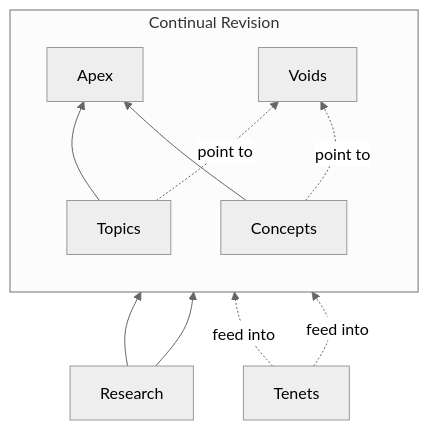
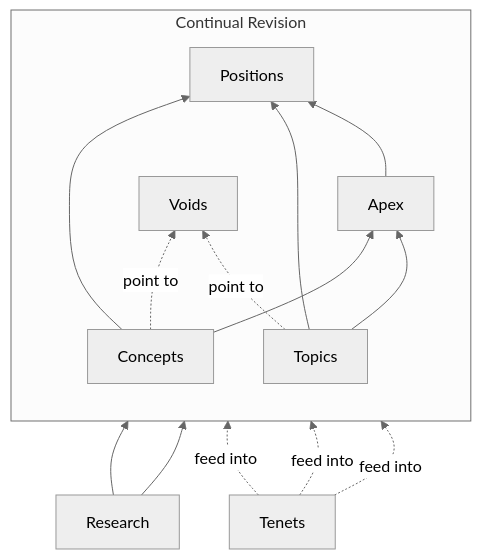
Before and after one commit to unfinishablemap/unfinishablemap: the diagram in obsidian/index.md, drawn with Mermaid (neutral theme). The commit also changed other lines of this file and 28 other files, not shown here.

````diff
--- a/obsidian/index.md
+++ b/obsidian/index.md
@@ -55,29 +55,35 @@
 ```mermaid
 flowchart BT
     subgraph revision["Continual Revision"]
         direction BT
         TO[Topics]
         CO[Concepts]
         AP[Apex]
         VO[Voids]
+        PO[Positions]
 
         TO --> AP
         CO --> AP
+        AP --> PO
+        TO --> PO
+        CO --> PO
     end
 
     RE[Research] --> TO
     RE --> CO
 
     TE[Tenets] -.->|feed into| TO
     TE -.->|feed into| CO
+    TE -.->|feed into| PO
 
     TO -.->|point to| VO
     CO -.->|point to| VO
 
     click AP "/apex/" "Apex Articles"
     click TO "/topics/" "Topics"
     click CO "/concepts/" "Concepts"
     click VO "/voids/" "Voids"
     click TE "/tenets/" "Tenets"
+    click PO "/positions/" "Positions"
     click RE "/research/" "Research"
 ```
````
